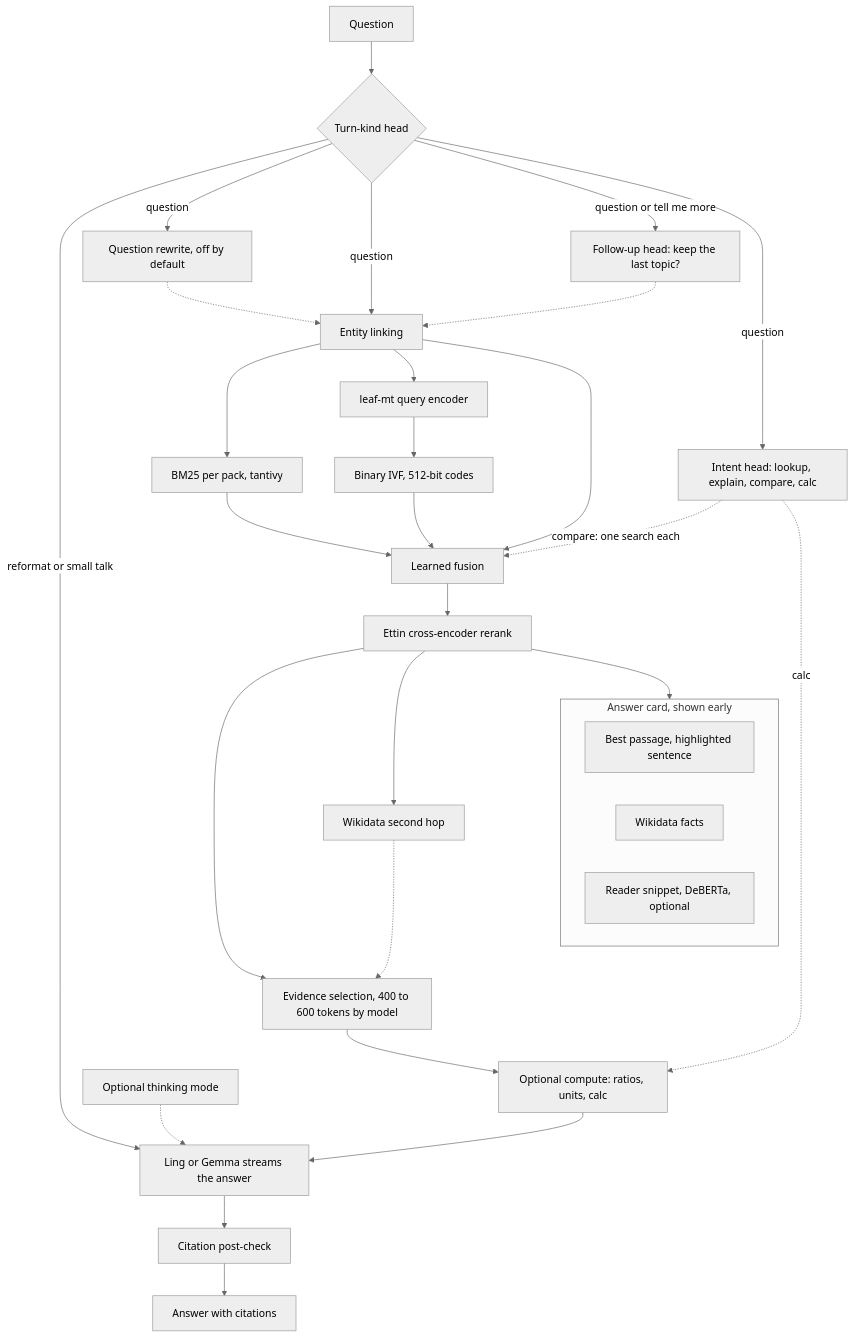
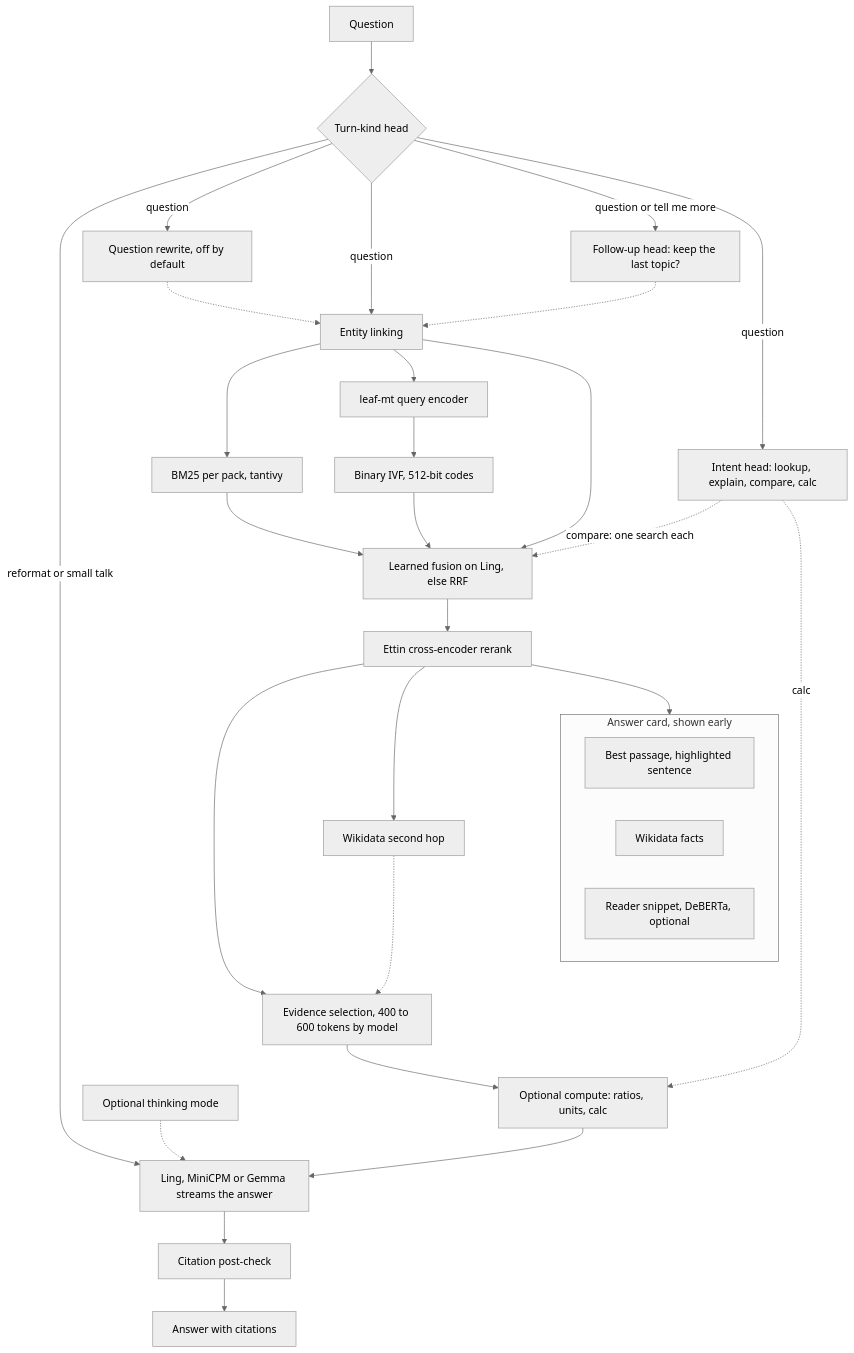
Before and after one commit to 0xPD33/commonplace: the third of 3 diagrams in README.md, drawn with Mermaid (neutral theme). The commit also changed other lines of this file and 8 other files, not shown here.

````diff
--- a/README.md
+++ b/README.md
@@ -213,34 +211,34 @@
 ```mermaid
 flowchart TD
   Q["Question"] --> TK{"Turn-kind head"}
   TK -->|"reformat or small talk"| GEN
   TK -->|"question"| REW["Question rewrite, off by default"]
   TK -->|"question"| ENT["Entity linking"]
   TK -->|"question or tell me more"| FU["Follow-up head: keep the last topic?"]
   FU -.-> ENT
   REW -.-> ENT
   TK -->|"question"| INT["Intent head: lookup, explain, compare, calc"]
   ENT --> BM25["BM25 per pack, tantivy"]
   ENT --> ENC["leaf-mt query encoder"]
   ENC --> IVF["Binary IVF, 512-bit codes"]
-  BM25 --> RRF["Learned fusion"]
+  BM25 --> RRF["Learned fusion on Ling, else RRF"]
   IVF --> RRF
   ENT --> RRF
   INT -.->|"compare: one search each"| RRF
   RRF --> RR["Ettin cross-encoder rerank"]
   RR --> CARD
   subgraph CARD["Answer card, shown early"]
     P["Best passage, highlighted sentence"]
     F["Wikidata facts"]
     R["Reader snippet, DeBERTa, optional"]
   end
   RR --> EV["Evidence selection, 400 to 600 tokens by model"]
   RR --> HOP["Wikidata second hop"]
   HOP -.-> EV
   EV --> COMP["Optional compute: ratios, units, calc"]
   INT -.->|"calc"| COMP
-  COMP --> GEN["Ling or Gemma streams the answer"]
+  COMP --> GEN["Ling, MiniCPM or Gemma streams the answer"]
   THINK["Optional thinking mode"] -.-> GEN
   GEN --> CHK["Citation post-check"]
   CHK --> ANS["Answer with citations"]
 ```
````
